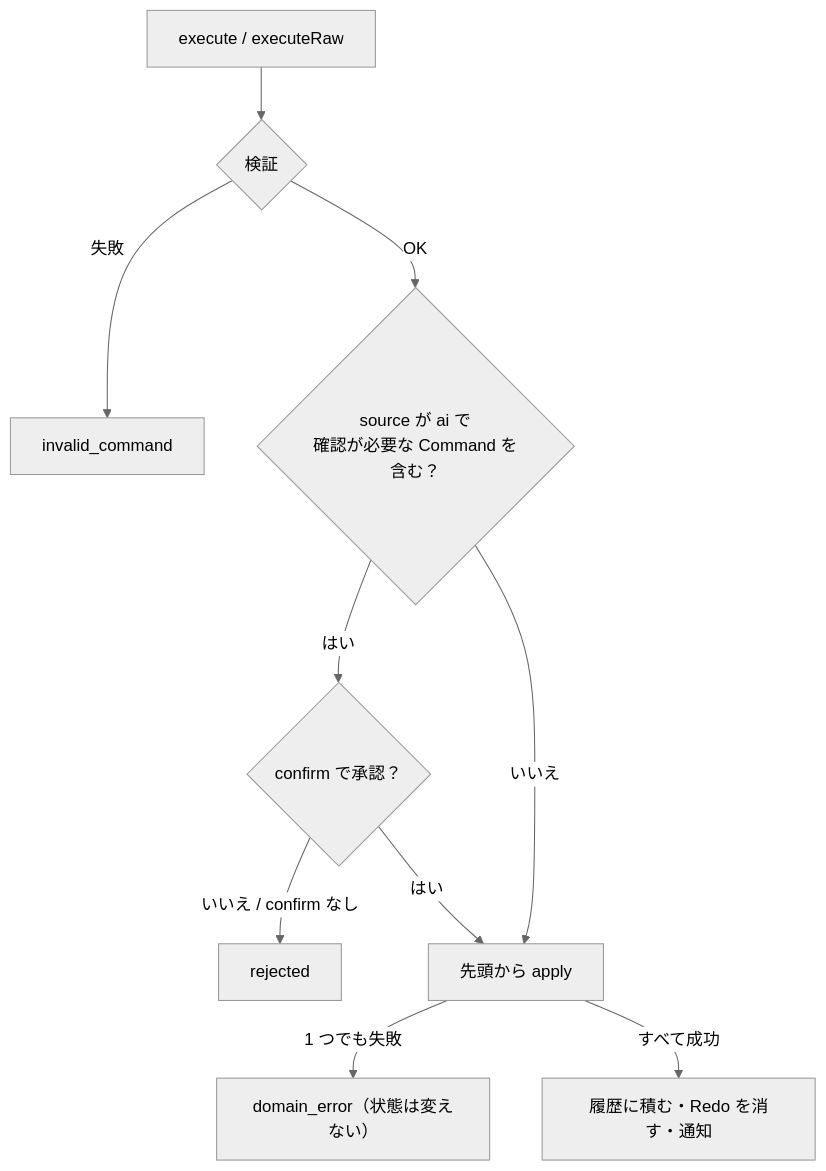
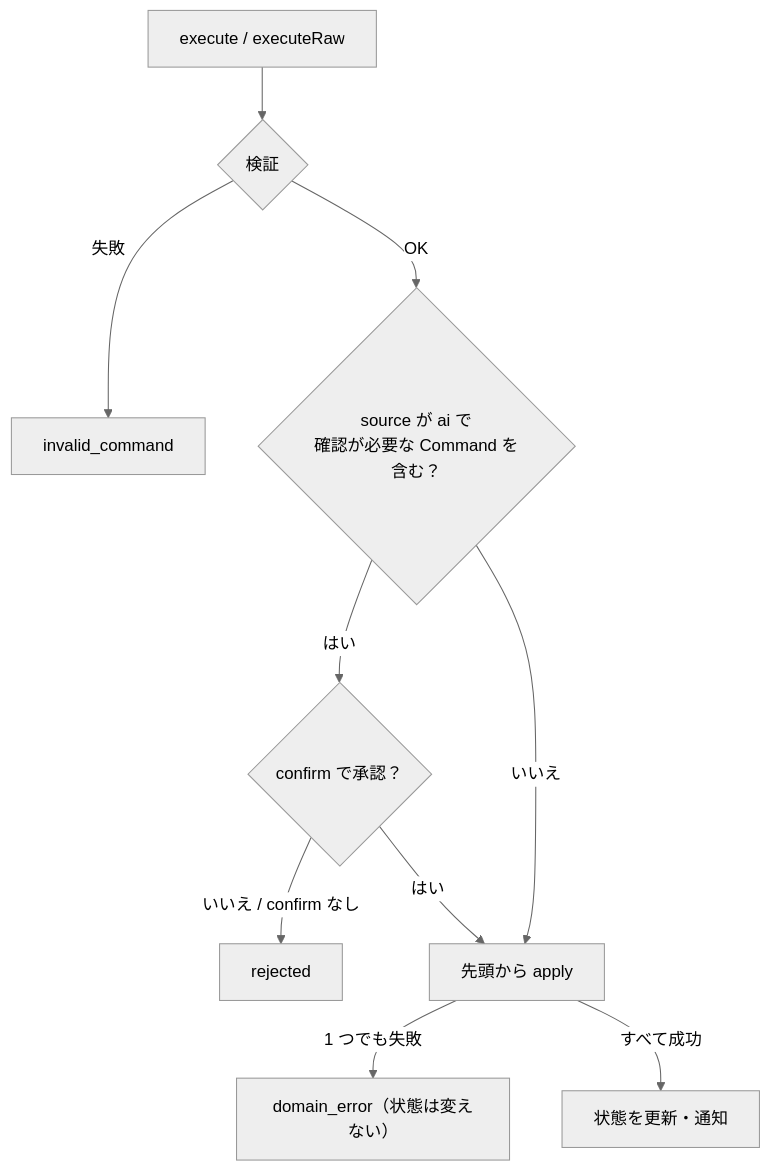
One commit to fujibayashi-ast/ai-friendly changed the diagram in docs/commands.md. Above: the diagram before and after it, drawn with Mermaid (neutral theme). The commit also changed other lines of this file and 12 other files, not shown here.

````diff
--- a/docs/commands.md
+++ b/docs/commands.md
@@ -117,12 +114,12 @@
 ```mermaid
 flowchart TD
   A["execute / executeRaw"] --> B{"検証"}
   B -- 失敗 --> E1["invalid_command"]
   B -- OK --> C{"source が ai で<br>確認が必要な Command を含む？"}
   C -- はい --> D{"confirm で承認？"}
   D -- いいえ / confirm なし --> E2["rejected"]
   D -- はい --> F
   C -- いいえ --> F["先頭から apply"]
   F -- 1 つでも失敗 --> E3["domain_error（状態は変えない）"]
-  F -- すべて成功 --> G["履歴に積む・Redo を消す・通知"]
+  F -- すべて成功 --> G["状態を更新・通知"]
 ```
````
